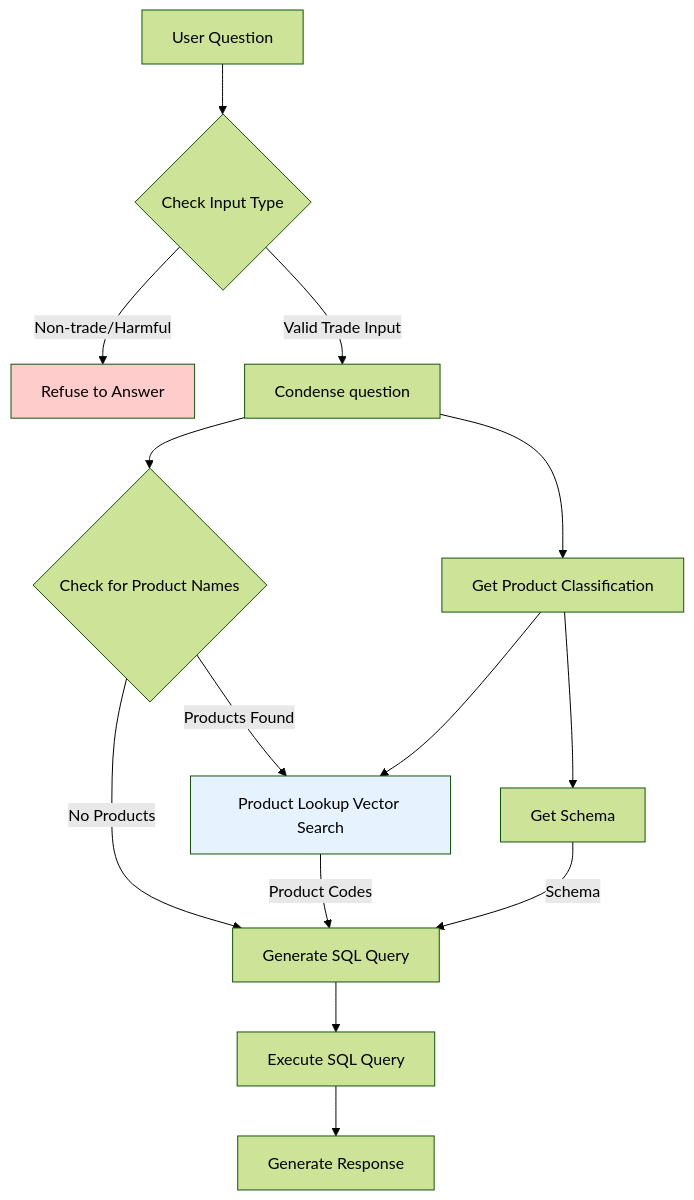
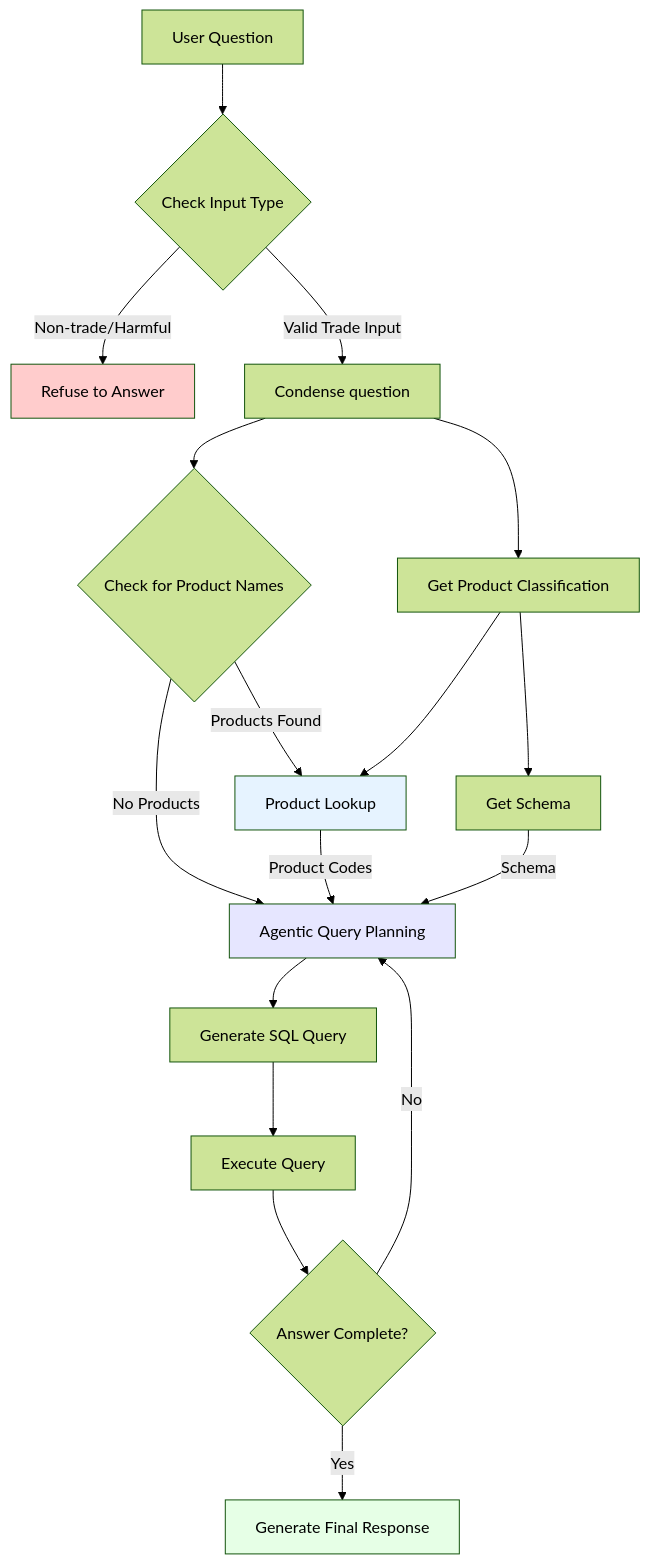
The diagram in README.md (shreyasgm/ask-atlas), drawn with Mermaid (forest theme) before and after one commit. The commit also changed other lines of this file and 1 other file, not shown here.

Commit message:
Fixed issue with psycopg2 install, updated readme

````diff
--- a/README.md
+++ b/README.md
@@ -6,25 +6,31 @@
 ```mermaid
 flowchart TD
     A[User Question] --> B{Check Input Type}
     B -->|Non-trade/Harmful| C[Refuse to Answer]
     B -->|Valid Trade Input| D1[Condense question]
     
     D1 --> D[Get Product Classification]
 
     D1 --> E{Check for Product Names}
     
-    E -->|Products Found| F[Product Lookup Vector Search]
-    E -->|No Products| H[Generate SQL Query]
+    E -->|Products Found| F[Product Lookup]
+    E -->|No Products| H[Agentic Query Planning]
     
     D --> F
     
     F -->|Product Codes| H
     D --> D2[Get Schema]
     D2 -->|Schema| H
     
-    H --> I[Execute SQL Query]
-    I --> J[Generate Response]
+    H --> H1[Generate SQL Query]
+    H1 --> H2[Execute Query]
+    H2 --> H3{Answer Complete?}
+    H3 -->|No| H
+    H3 -->|Yes| J[Generate Final Response]
+    
     
     style C fill:#ffcccc
     style F fill:#e6f3ff
+    style H fill:#e6e6ff
+    style J fill:#e6ffe6
 ```
````
